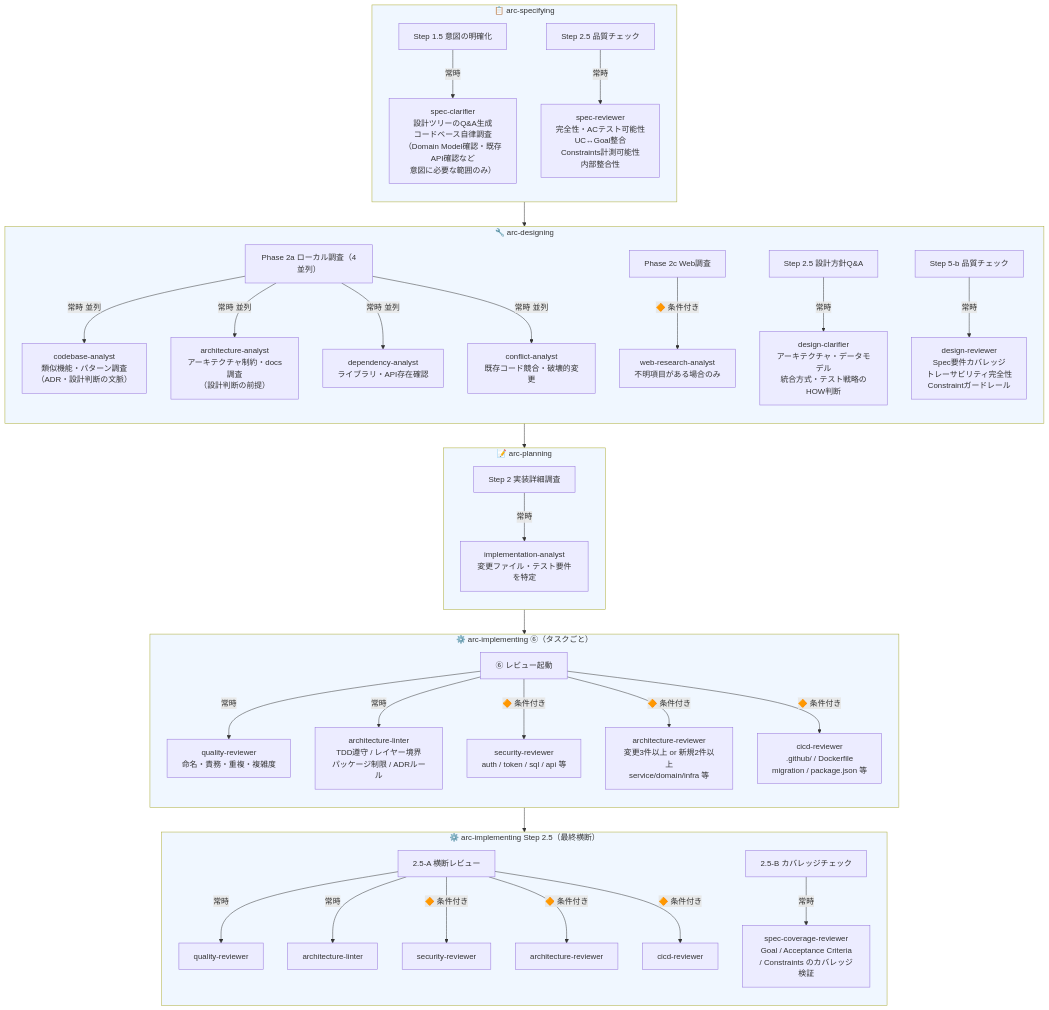
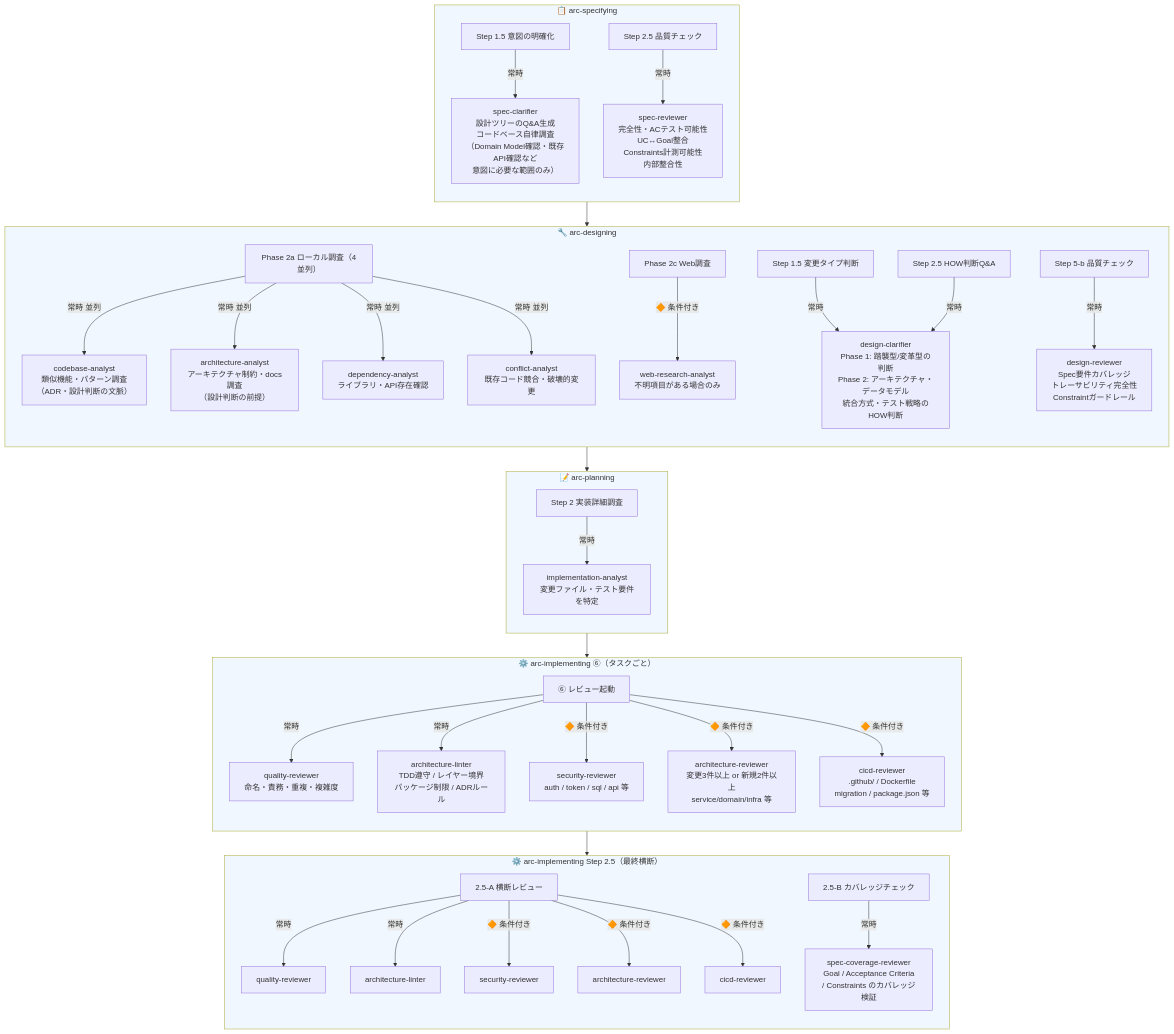
One commit to kogatakanori/skills changed the third of 4 diagrams in plugins/arc/docs/arc-flow.md. Above: the diagram before and after it, drawn with Mermaid. The commit also changed other lines of this file and 4 other files, not shown here.

First line of the commit message:
refactor(arc): design-clarifier as router + sharpen agent boundaries

```diff
--- a/plugins/arc/docs/arc-flow.md
+++ b/plugins/arc/docs/arc-flow.md
@@ -280,8 +280,9 @@
         dep["dependency-analyst\nライブラリ・API存在確認"]
         con["conflict-analyst\n既存コード競合・破壊的変更"]
         web["web-research-analyst\n不明項目がある場合のみ"]
-        D25["Step 2.5 設計方針Q&A"]
-        dc["design-clarifier\nアーキテクチャ・データモデル\n統合方式・テスト戦略のHOW判断"]
+        D15["Step 1.5 変更タイプ判断"]
+        D25["Step 2.5 HOW判断Q&A"]
+        dc["design-clarifier\nPhase 1: 踏襲型/変革型の判断\nPhase 2: アーキテクチャ・データモデル\n統合方式・テスト戦略のHOW判断"]
         D5b["Step 5-b 品質チェック"]
         drw["design-reviewer\nSpec要件カバレッジ\nトレーサビリティ完全性\nConstraintガードレール"]
         D2a -->|"常時 並列"| cb
@@ -289,6 +290,7 @@
         D2a -->|"常時 並列"| dep
         D2a -->|"常時 並列"| con
         D2c -->|"🔶 条件付き"| web
+        D15 -->|"常時"| dc
         D25 -->|"常時"| dc
         D5b -->|"常時"| drw
     end
```
